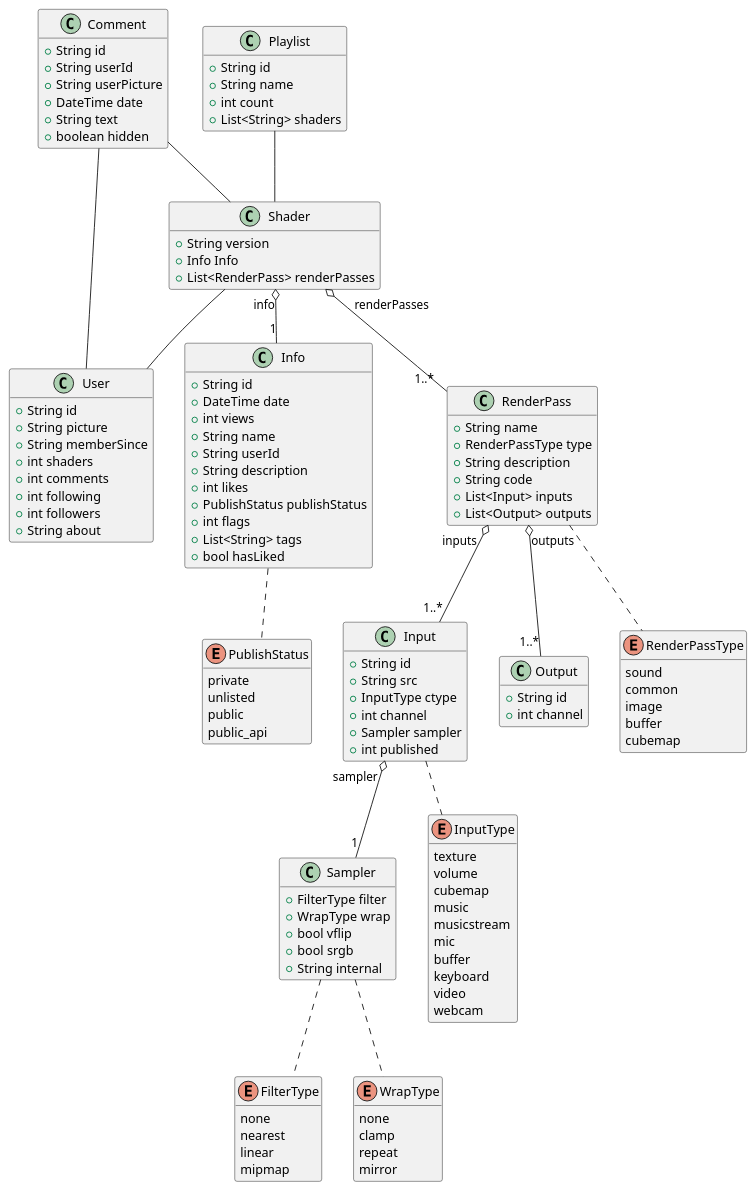
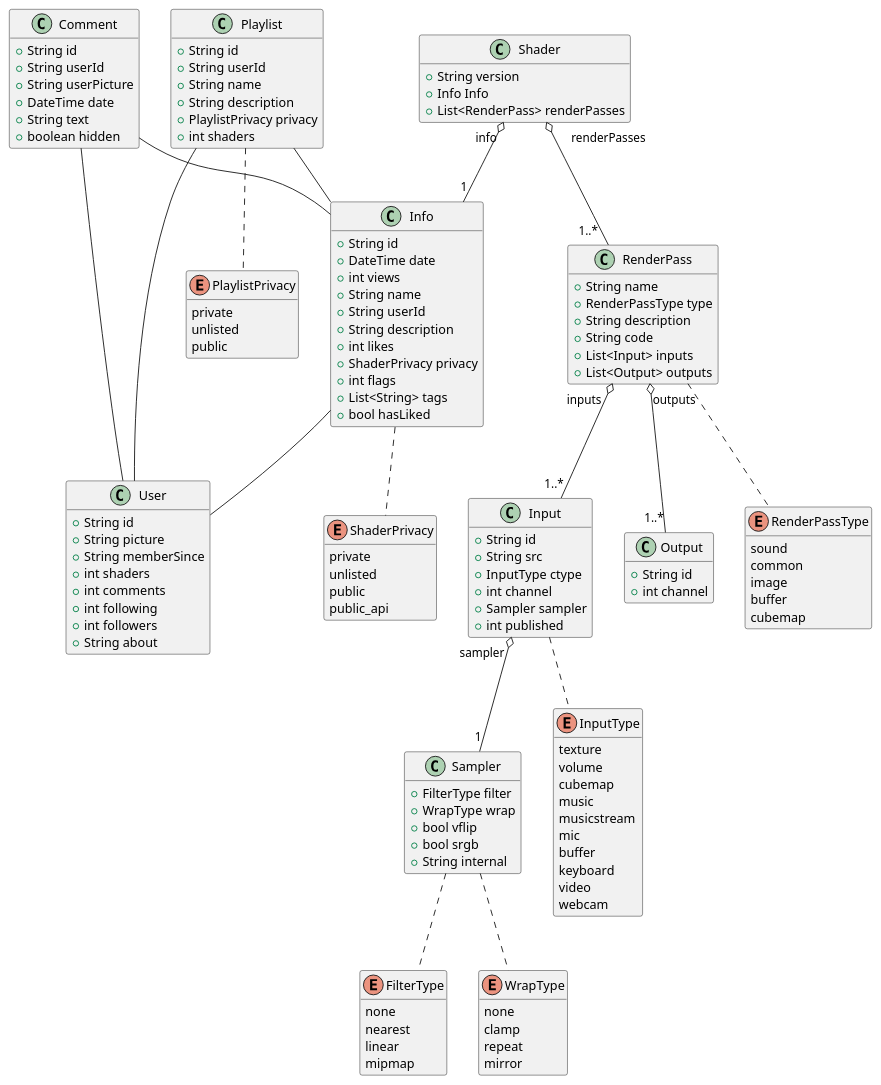
Before and after one commit to ivoleitao/shadertoy_api: the diagram in model.pu, drawn with PlantUML. The commit also changed 9 other files, not shown here.

```diff
--- a/model.pu
+++ b/model.pu
@@ -1,144 +1,154 @@
 @startuml model
 
 hide methods
 
 class User {
  +String id
  +String picture
  +String memberSince
  +int shaders
  +int comments 
  +int following
  +int followers
  +String about
 }
 
 class Comment {
     +String id
     +String userId
     +String userPicture
     +DateTime date
     +String text
     +boolean hidden
 }
 
-enum PublishStatus {
+enum ShaderPrivacy {
     private
     unlisted
     public
     public_api
 }
 
 class Info {
     +String id
     +DateTime date
     +int views 
     +String name
     +String userId
     +String description
     +int likes
-    +PublishStatus publishStatus
+    +ShaderPrivacy privacy
     +int flags
     +List<String> tags
     +bool hasLiked
 }
 
 enum FilterType {
     none
     nearest
     linear
     mipmap
 }
 
 enum WrapType {
     none
     clamp
     repeat
     mirror
 }
 
 class Sampler {
     +FilterType filter
     +WrapType wrap
     +bool vflip
     +bool srgb
     +String internal
 }
 
 enum InputType {
     texture
     volume
     cubemap
     music
     musicstream
     mic
     buffer
     keyboard
     video
     webcam
 }
 
 class Input {
     +String id
     +String src
     +InputType ctype
     +int channel
     +Sampler sampler
     +int published
 }
 
 class Output {
     +String id
     +int channel
 }
 
 enum RenderPassType {
     sound
     common
     image
     buffer
     cubemap
 }
 
 class RenderPass {
     +String name
     +RenderPassType type
     +String description
     +String code
     +List<Input> inputs
     +List<Output> outputs
 
 }
 
 class Shader {
     +String version
     +Info Info
     +List<RenderPass> renderPasses
 }
 
+enum PlaylistPrivacy {
+    private
+    unlisted
+    public
+}
+
 class Playlist {
     +String id
+    +String userId
     +String name
-    +int count
-    +List<String> shaders
+    +String description
+    +PlaylistPrivacy privacy
+    +int shaders
 }
 
-Info  .. PublishStatus
+Info  .. ShaderPrivacy
 Sampler .. FilterType
 Sampler .. WrapType
 Input .. InputType
 RenderPass .. RenderPassType
+Playlist .. PlaylistPrivacy
 
-Shader "info" o-- "1" Info
+Shader "             info" o-- "1" Info
 Shader "     renderPasses" o-- "1..*  " RenderPass
 RenderPass "inputs  " o-- "1..*" Input
 RenderPass "outputs" o-- "1..*" Output
 Input "sampler " o-- "1" Sampler
 
-Shader -- User
-Playlist -- Shader
-Comment -- Shader
+Info -- User
+Playlist -- Info
+Playlist -- User
+Comment -- Info
 Comment -- User
 
 
 @enduml
```
